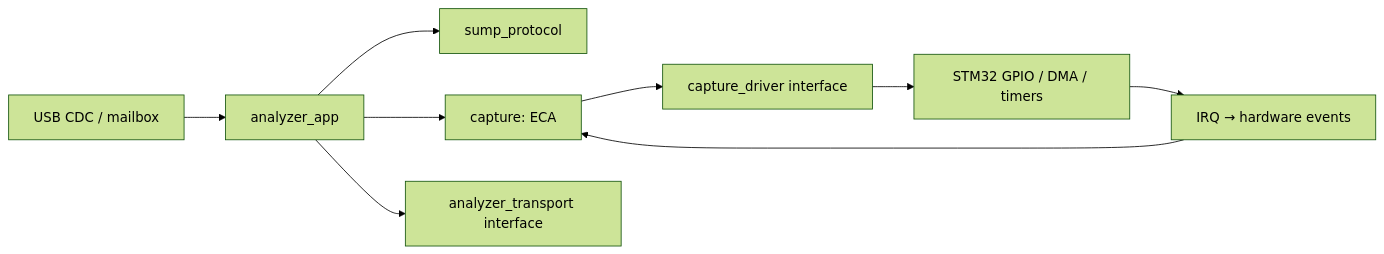
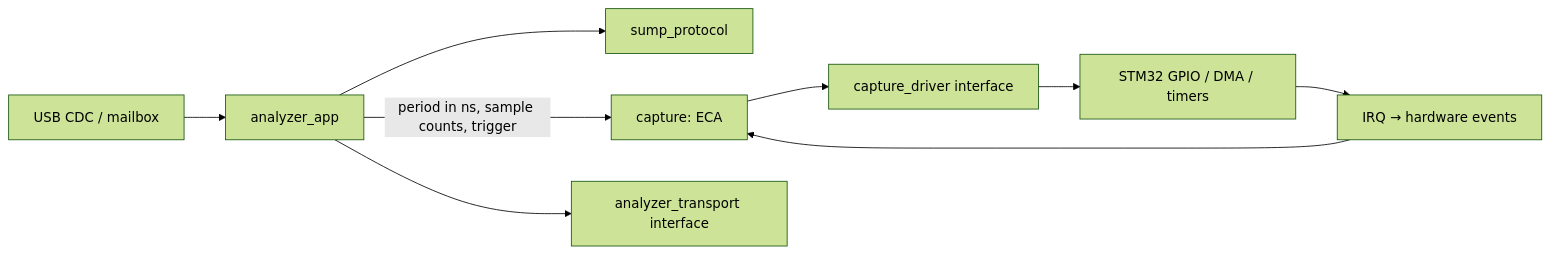
One commit to ALLeksandrOrlov/stm32-sump-analyzer changed the diagram in docs/architecture.md. Above: the diagram before and after it, drawn with Mermaid (forest theme). The commit also changed other lines of this file and 39 other files, not shown here.

````diff
--- a/docs/architecture.md
+++ b/docs/architecture.md
@@ -7,11 +7,11 @@
 ```mermaid
 flowchart LR
     USB[USB CDC / mailbox] --> APP[analyzer_app]
     APP --> SUMP[sump_protocol]
-    APP --> CTRL[capture: ECA]
+    APP -->|period in ns, sample counts, trigger| CTRL[capture: ECA]
     CTRL --> PORT[capture_driver interface]
     PORT --> STM[STM32 GPIO / DMA / timers]
     APP --> TX[analyzer_transport interface]
     STM --> EVENTS[IRQ → hardware events]
     EVENTS --> CTRL
 ```
````
